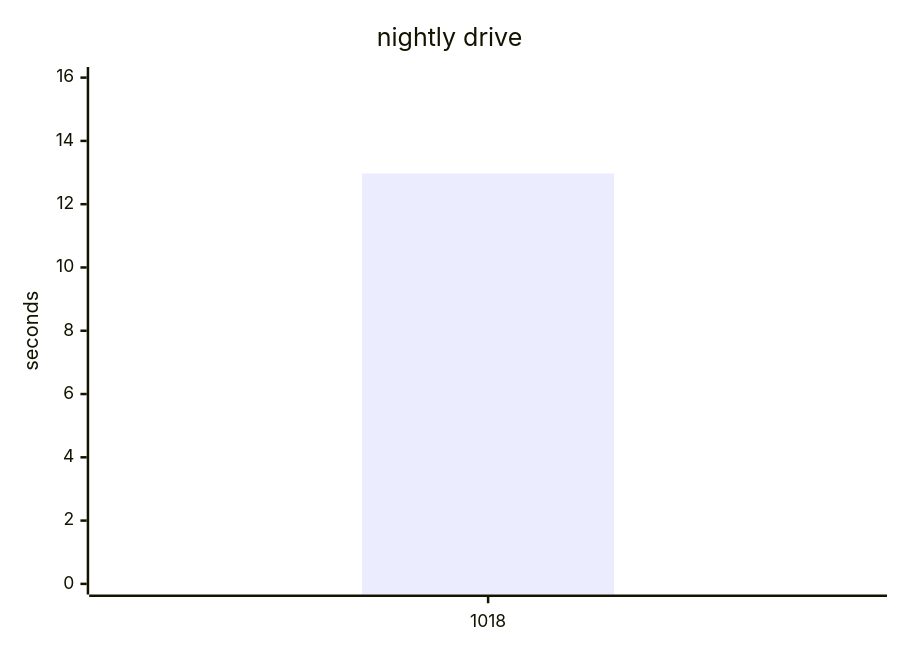
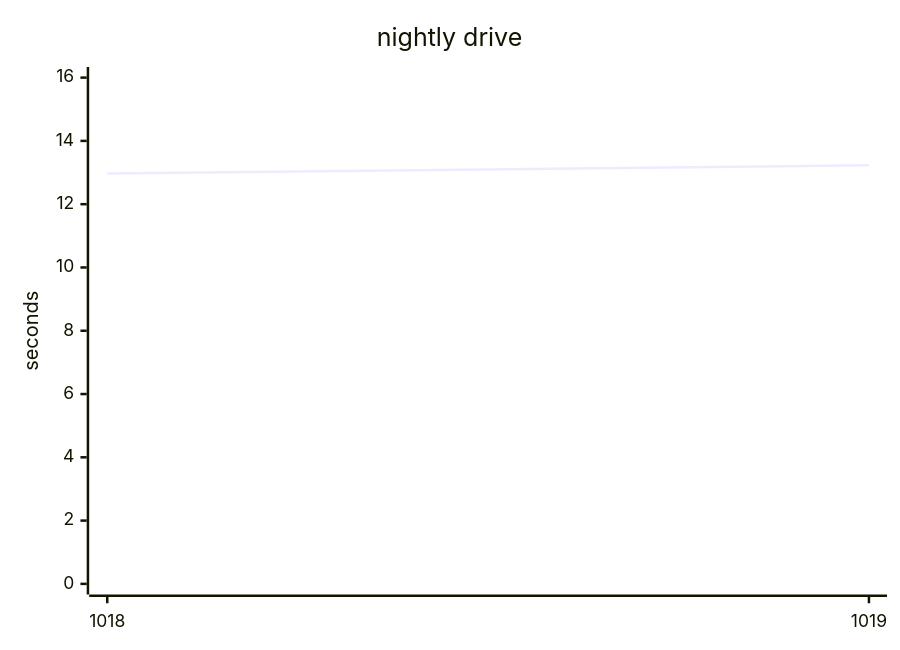
The ninth of 9 diagrams in README.md (yamanori99/DistSSHRun.jl), drawn with Mermaid before and after one commit. The commit also changed other lines of this file and 1 other file, not shown here.

````diff
--- a/README.md
+++ b/README.md
@@ -217,7 +218,7 @@
 ```mermaid
 xychart-beta
     title "nightly drive"
-    x-axis ["1018"]
+    x-axis ["1018", "1019"]
     y-axis "seconds" 0 --> 16
-    bar [12.97]
+    line [12.97, 13.23]
 ```
````
